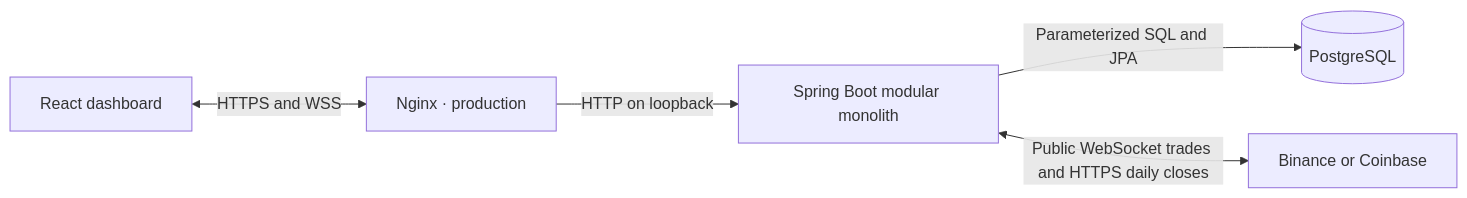
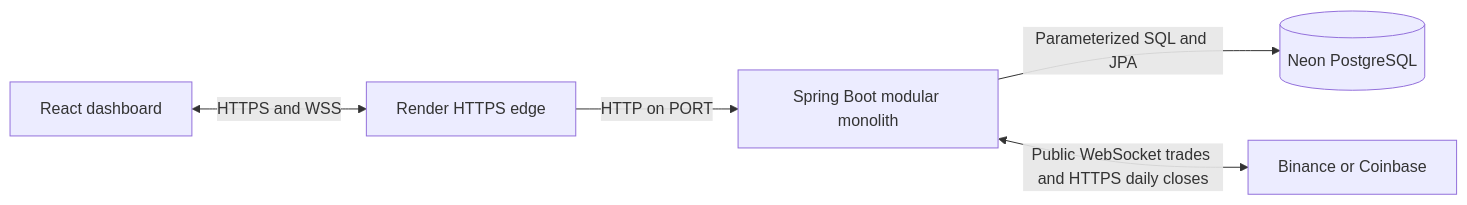
Before and after one commit to bhumikamehta910/risk-aware-crypto-simulator: the first of 2 diagrams in README.md, drawn with Mermaid. The commit also changed other lines of this file and 16 other files, not shown here.

Commit message:
feat: prepare simulator for Render and Neon deployment

````diff
--- a/README.md
+++ b/README.md
@@ -13,7 +13,7 @@
 ```mermaid
 flowchart LR
-    Browser["React dashboard"] <-->|HTTPS and WSS| Edge["Nginx · production"]
-    Edge -->|HTTP on loopback| App["Spring Boot modular monolith"]
-    App -->|Parameterized SQL and JPA| DB[(PostgreSQL)]
+    Browser["React dashboard"] <-->|HTTPS and WSS| Edge["Render HTTPS edge"]
+    Edge -->|HTTP on PORT| App["Spring Boot modular monolith"]
+    App -->|Parameterized SQL and JPA| DB[(Neon PostgreSQL)]
     App <-->|Public WebSocket trades and HTTPS daily closes| Markets["Binance or Coinbase"]
 ```
````
